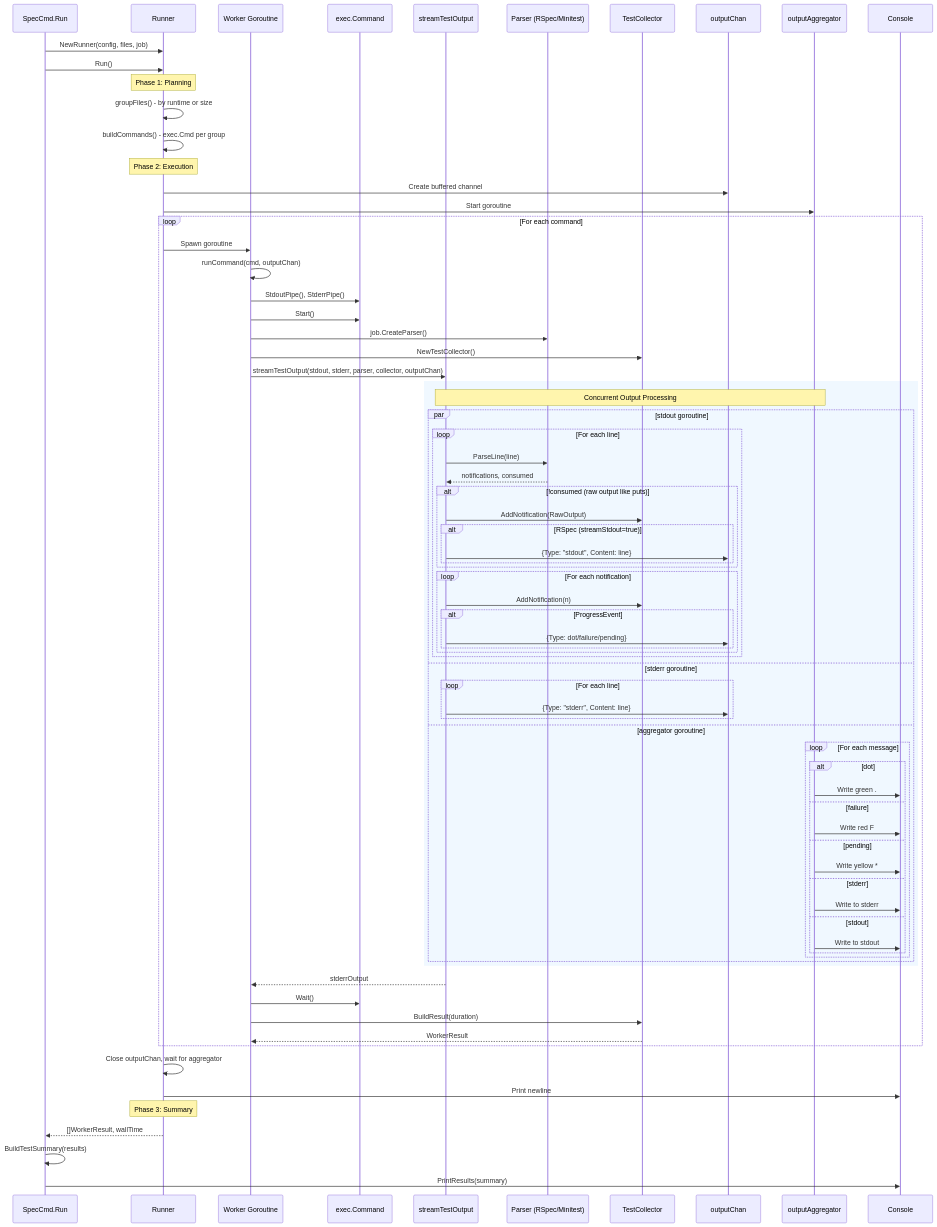
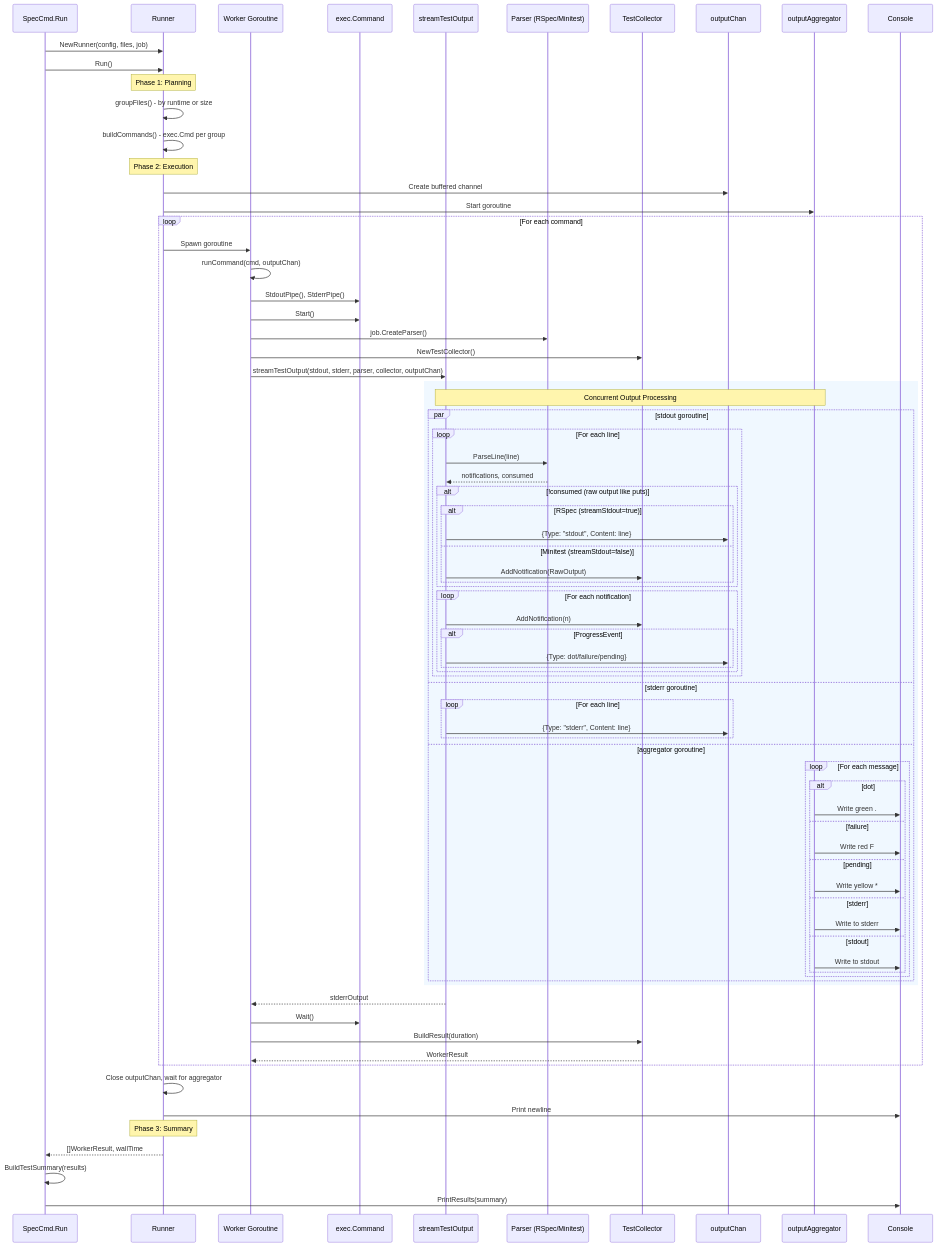
One commit to rsanheim/plur changed the diagram in docs/architecture/test-processing-flow.md. Above: the diagram before and after it, drawn with Mermaid. The commit also changed other lines of this file, not shown here.

Commit message:
docs: show single display path for unconsumed output in processing flow

```diff
--- a/docs/architecture/test-processing-flow.md
+++ b/docs/architecture/test-processing-flow.md
@@ -49,9 +49,10 @@
                     Parser-->>Stream: notifications, consumed
 
                     alt !consumed (raw output like puts)
-                        Stream->>Collector: AddNotification(RawOutput)
                         alt RSpec (streamStdout=true)
                             Stream->>OutChan: {Type: "stdout", Content: line}
+                        else Minitest (streamStdout=false)
+                            Stream->>Collector: AddNotification(RawOutput)
                         end
                     end
 
```
